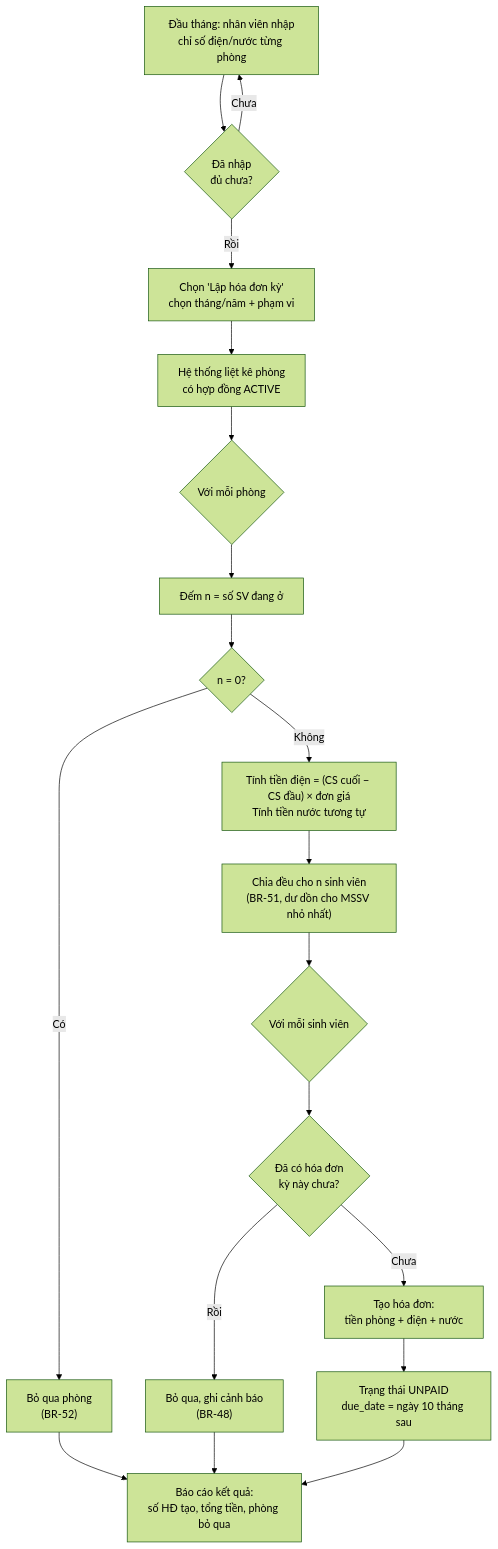
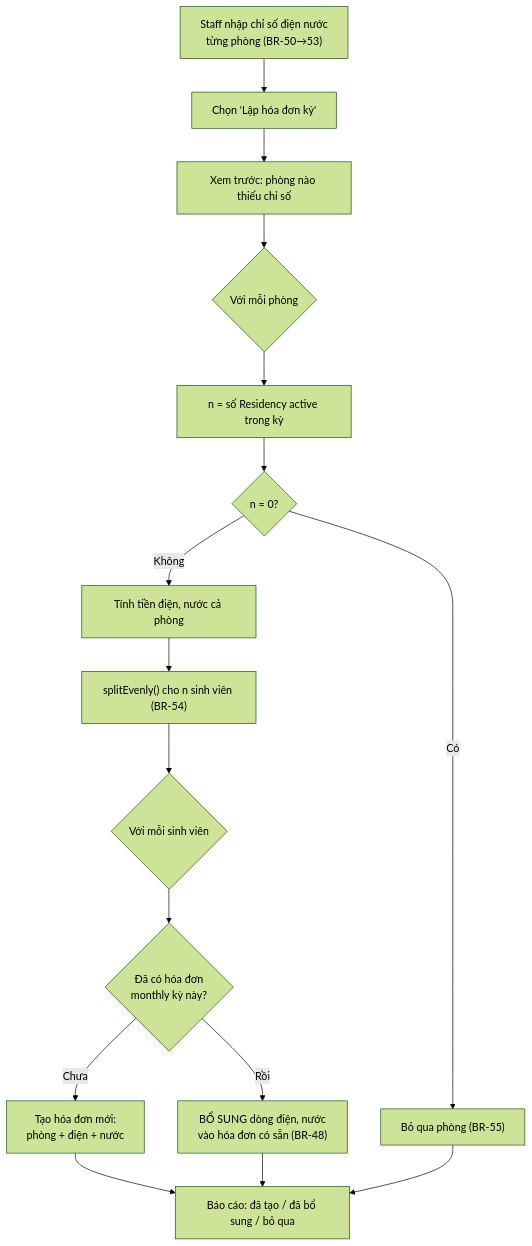
One commit to NguyenMinh205/FE_QuanLyKTX changed the tenth of 11 diagrams in docs/03-PHAN-TICH-NGHIEP-VU.md. Above: the diagram before and after it, drawn with Mermaid (forest theme). The commit also changed other lines of this file and 45 other files, not shown here.

````diff
--- a/docs/03-PHAN-TICH-NGHIEP-VU.md
+++ b/docs/03-PHAN-TICH-NGHIEP-VU.md
@@ -308,21 +468,18 @@
 ```mermaid
 flowchart TD
-    A["Đầu tháng: nhân viên nhập<br/>chỉ số điện/nước từng phòng"] --> B{"Đã nhập<br/>đủ chưa?"}
-    B -->|"Chưa"| A
-    B -->|"Rồi"| C["Chọn 'Lập hóa đơn kỳ'<br/>chọn tháng/năm + phạm vi"]
-    C --> D["Hệ thống liệt kê phòng<br/>có hợp đồng ACTIVE"]
-    D --> E{"Với mỗi phòng"}
-    E --> F["Đếm n = số SV đang ở"]
-    F --> G{"n = 0?"}
-    G -->|"Có"| H["Bỏ qua phòng<br/>(BR-52)"]
-    G -->|"Không"| I["Tính tiền điện = (CS cuối − CS đầu) × đơn giá<br/>Tính tiền nước tương tự"]
-    I --> J["Chia đều cho n sinh viên<br/>(BR-51, dư dồn cho MSSV nhỏ nhất)"]
-    J --> K{"Với mỗi sinh viên"}
-    K --> L{"Đã có hóa đơn<br/>kỳ này chưa?"}
-    L -->|"Rồi"| M["Bỏ qua, ghi cảnh báo<br/>(BR-48)"]
-    L -->|"Chưa"| N["Tạo hóa đơn:<br/>tiền phòng + điện + nước"]
-    N --> O["Trạng thái UNPAID<br/>due_date = ngày 10 tháng sau"]
-    O --> P["Báo cáo kết quả:<br/>số HĐ tạo, tổng tiền, phòng bỏ qua"]
-    H --> P
-    M --> P
+    A["Staff nhập chỉ số điện nước<br/>từng phòng (BR-50→53)"] --> B["Chọn 'Lập hóa đơn kỳ'"]
+    B --> C["Xem trước: phòng nào thiếu chỉ số"]
+    C --> D{"Với mỗi phòng"}
+    D --> E["n = số Residency active trong kỳ"]
+    E --> F{"n = 0?"}
+    F -->|"Có"| G["Bỏ qua phòng (BR-55)"]
+    F -->|"Không"| H["Tính tiền điện, nước cả phòng"]
+    H --> I["splitEvenly() cho n sinh viên (BR-54)"]
+    I --> J{"Với mỗi sinh viên"}
+    J --> K{"Đã có hóa đơn<br/>monthly kỳ này?"}
+    K -->|"Chưa"| L["Tạo hóa đơn mới:<br/>phòng + điện + nước"]
+    K -->|"Rồi"| M["BỔ SUNG dòng điện, nước<br/>vào hóa đơn có sẵn (BR-48)"]
+    L --> N["Báo cáo: đã tạo / đã bổ sung / bỏ qua"]
+    M --> N
+    G --> N
 ```
````
